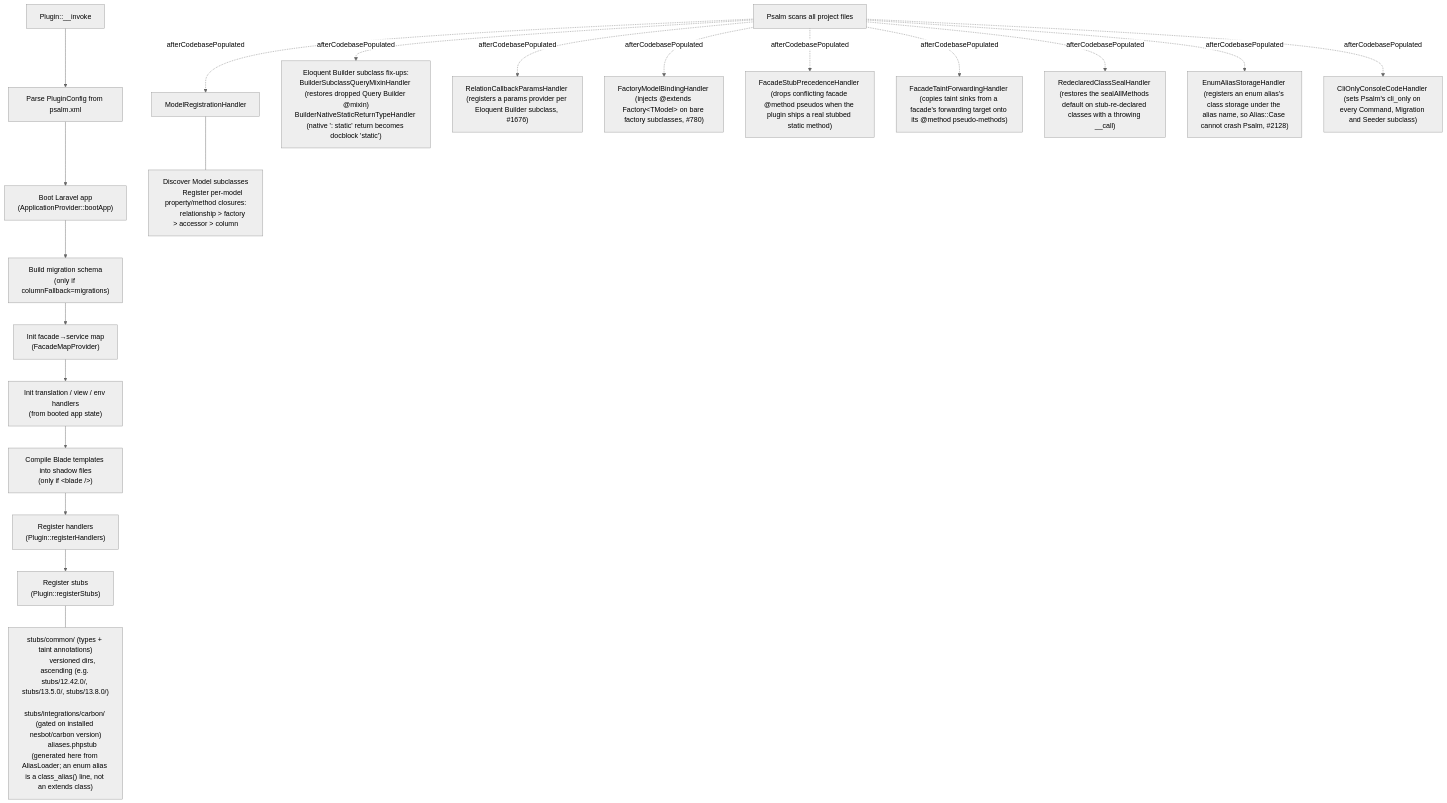
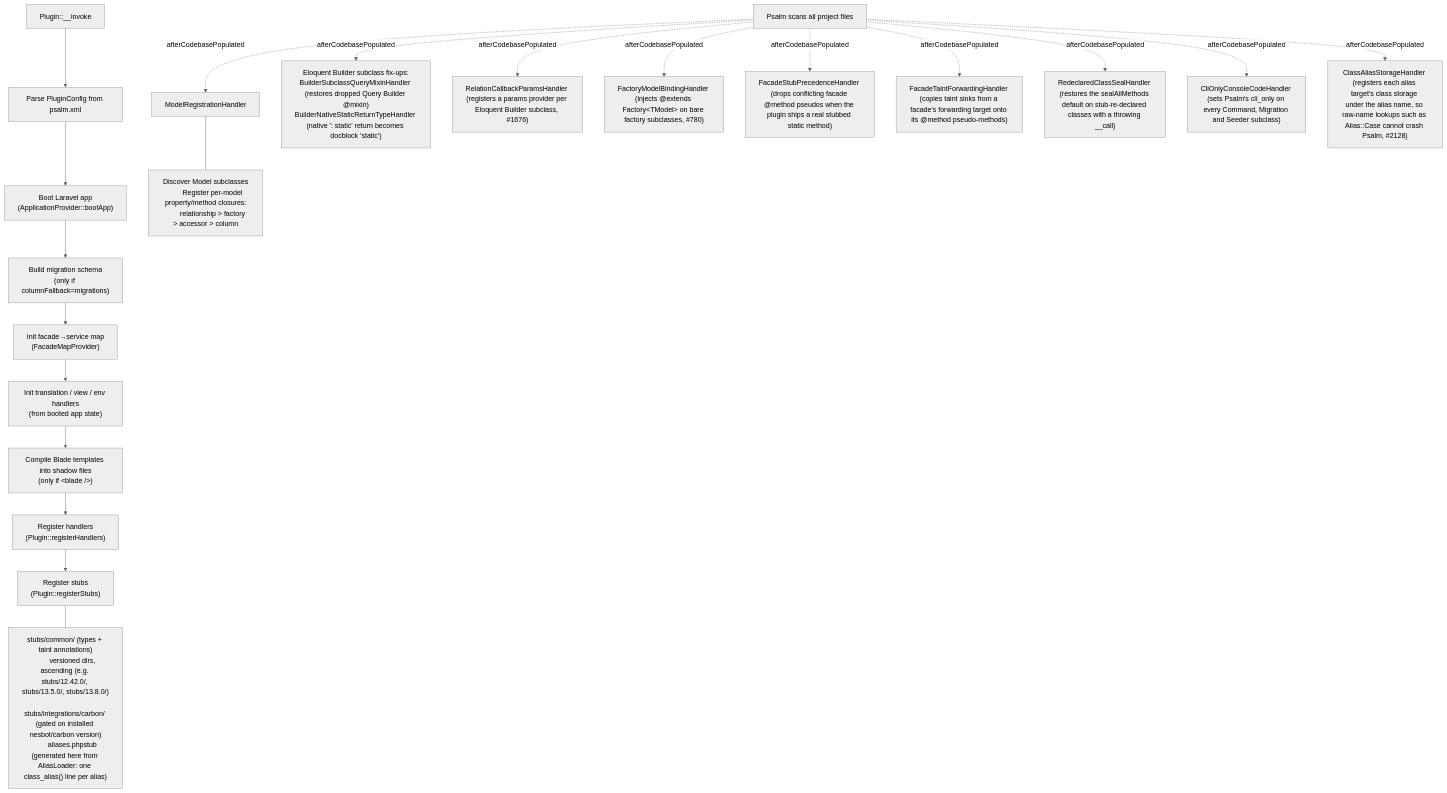
One commit to psalm/psalm-plugin-laravel changed the first of 2 diagrams in docs/contributing/README.md. Above: the diagram before and after it, drawn with Mermaid (neutral theme). The commit also changed 25 other files, not shown here.

First line of the commit message:
refactor(stubs): model every AliasLoader alias with class_alias()

````diff
--- a/docs/contributing/README.md
+++ b/docs/contributing/README.md
@@ -19,33 +19,33 @@
 ```mermaid
 flowchart TD
     A["Plugin::__invoke"] --> B["Parse PluginConfig from psalm.xml"]
     B --> C["Boot Laravel app\n(ApplicationProvider::bootApp)"]
     C --> D["Build migration schema\n(only if columnFallback=migrations)"]
     D --> E["Init facade→service map\n(FacadeMapProvider)"]
     E --> F["Init translation / view / env handlers\n(from booted app state)"]
     F --> BL["Compile Blade templates into shadow files\n(only if &lt;blade /&gt;)"]
     BL --> G["Register handlers\n(Plugin::registerHandlers)"]
     G --> H["Register stubs\n(Plugin::registerStubs)"]
 
     H --- stubs["
         stubs/common/ (types + taint annotations)
         versioned dirs, ascending (e.g. stubs/12.42.0/, stubs/13.5.0/, stubs/13.8.0/)
         stubs/integrations/carbon/ (gated on installed nesbot/carbon version)
-        aliases.phpstub (generated here from AliasLoader; an enum alias is a class_alias() line, not an extends class)
+        aliases.phpstub (generated here from AliasLoader: one class_alias() line per alias)
     "]
 
     I["Psalm scans all project files"] -.->|afterCodebasePopulated| J["ModelRegistrationHandler"]
     I -.->|afterCodebasePopulated| K["Eloquent Builder subclass fix-ups:\nBuilderSubclassQueryMixinHandler (restores dropped Query Builder @mixin)\nBuilderNativeStaticReturnTypeHandler (native ': static' return becomes docblock 'static')"]
     I -.->|afterCodebasePopulated| RCP["RelationCallbackParamsHandler (registers a params provider per Eloquent Builder subclass, #1676)"]
     I -.->|afterCodebasePopulated| FMB["FactoryModelBindingHandler (injects @extends Factory&lt;TModel&gt; on bare factory subclasses, #780)"]
     I -.->|afterCodebasePopulated| FSP["FacadeStubPrecedenceHandler (drops conflicting facade @method pseudos when the plugin ships a real stubbed static method)"]
     I -.->|afterCodebasePopulated| FTF["FacadeTaintForwardingHandler (copies taint sinks from a facade's forwarding target onto its @method pseudo-methods)"]
     I -.->|afterCodebasePopulated| RCS["RedeclaredClassSealHandler (restores the sealAllMethods default on stub-re-declared classes with a throwing __call)"]
-    I -.->|afterCodebasePopulated| EAS["EnumAliasStorageHandler (registers an enum alias's class storage under the alias name, so Alias::Case cannot crash Psalm, #2128)"]
     I -.->|afterCodebasePopulated| CLI["CliOnlyConsoleCodeHandler (sets Psalm's cli_only on every Command, Migration and Seeder subclass)"]
+    I -.->|afterCodebasePopulated| CAS["ClassAliasStorageHandler (registers each alias target's class storage under the alias name, so raw-name lookups such as Alias::Case cannot crash Psalm, #2128)"]
     J --- models["
         Discover Model subclasses
         Register per-model property/method closures:
         relationship > factory > accessor > column
     "]
 ```
````
